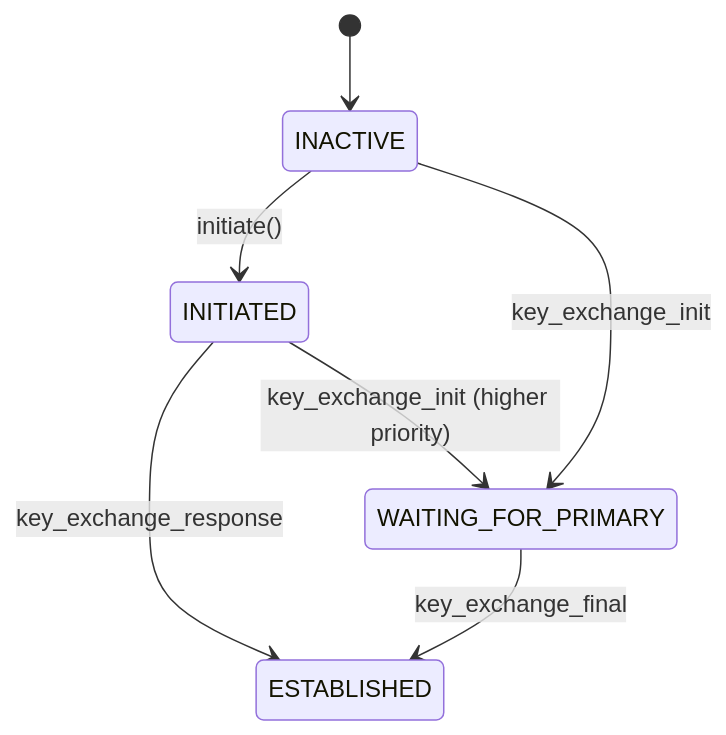
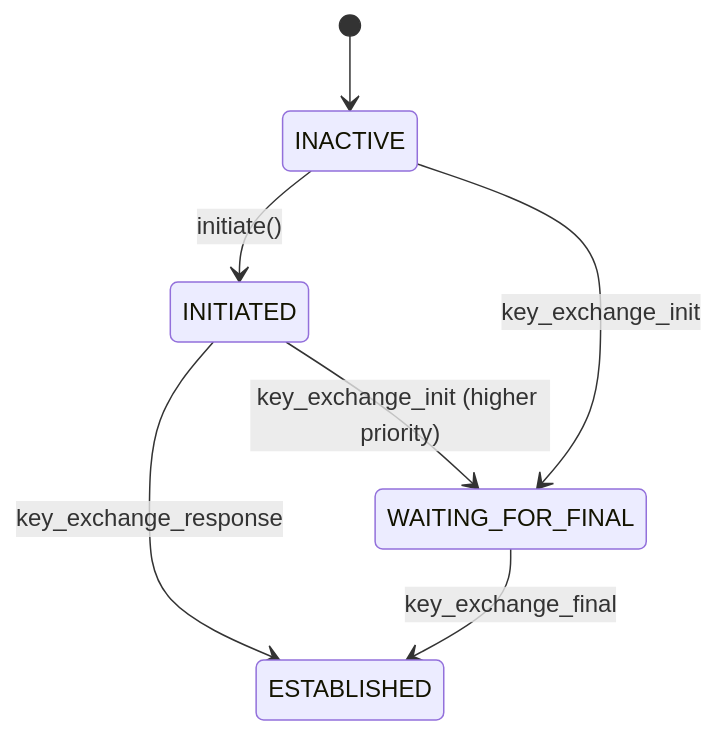
Before and after one commit to microsoft/CCF: the second of 5 diagrams in doc/contribute/design/index.rst, drawn with Mermaid. The commit also changed other lines of this file, not shown here.

```diff
--- a/doc/contribute/design/index.rst
+++ b/doc/contribute/design/index.rst
@@ -69,14 +69,14 @@
 .. mermaid::
 
     stateDiagram-v2
         [*] --> INACTIVE
         INACTIVE --> INITIATED: initiate()
         INITIATED --> ESTABLISHED: key_exchange_response
 
-        INACTIVE --> WAITING_FOR_PRIMARY: key_exchange_init
-        INITIATED --> WAITING_FOR_PRIMARY: key_exchange_init (higher priority)
-        WAITING_FOR_PRIMARY --> ESTABLISHED: key_exchange_final
+        INACTIVE --> WAITING_FOR_FINAL: key_exchange_init
+        INITIATED --> WAITING_FOR_FINAL: key_exchange_init (higher priority)
+        WAITING_FOR_FINAL --> ESTABLISHED: key_exchange_final
 
         %%INITIATED --> INACTIVE: close()
-        %%WAITING_FOR_PRIMARY --> INACTIVE: close()
+        %%WAITING_FOR_FINAL --> INACTIVE: close()
         %%ESTABLISHED --> INACTIVE: close()
```
